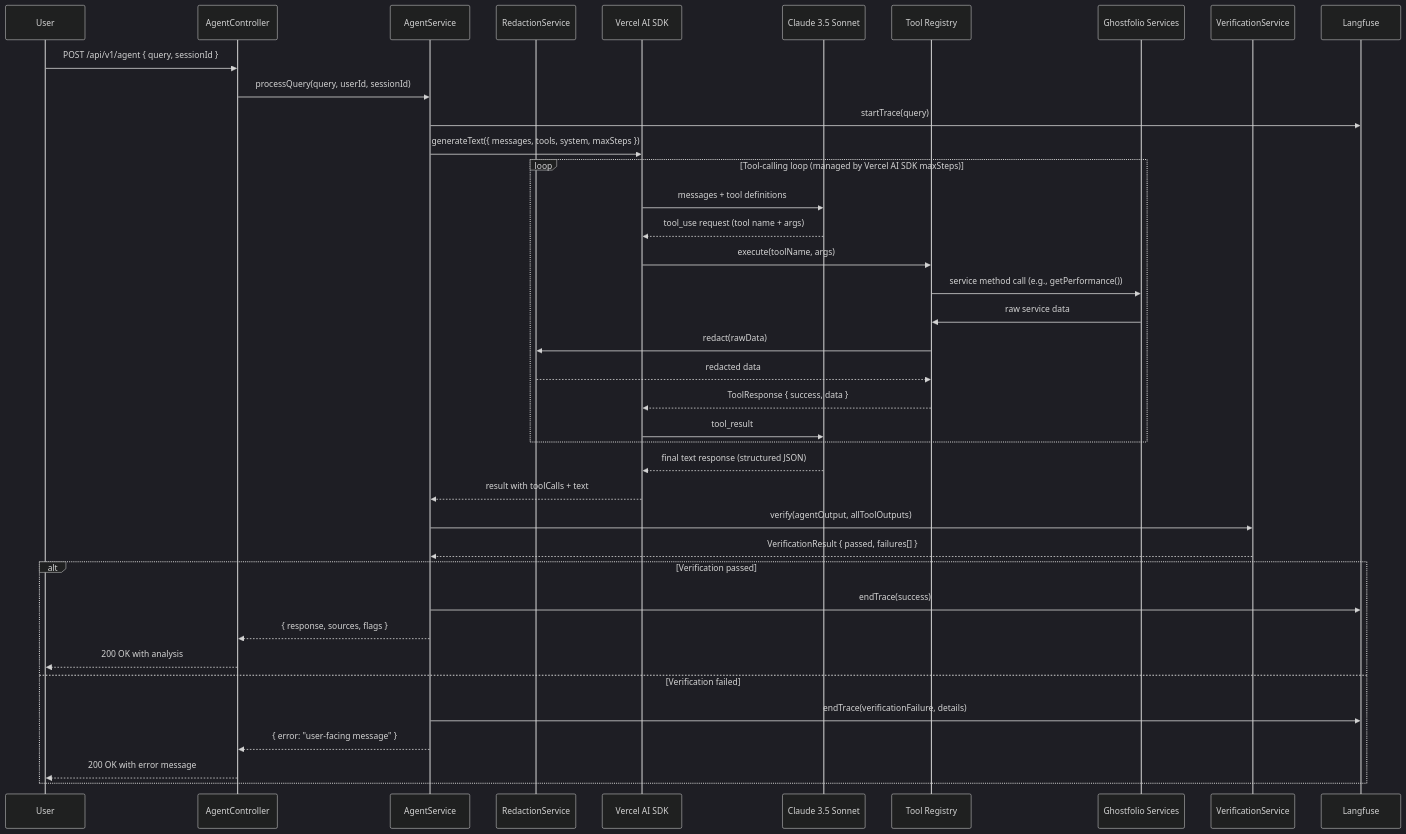
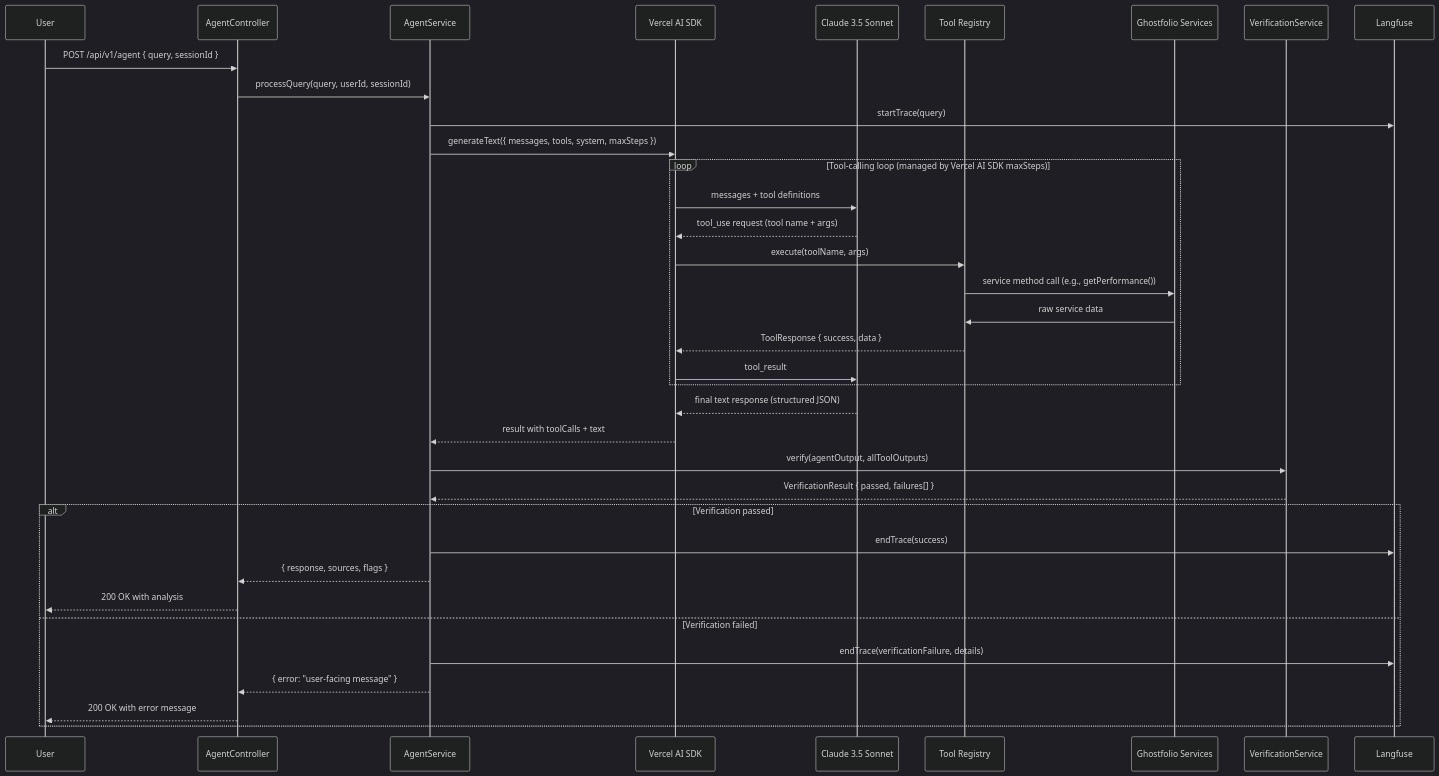
Before and after one commit to MichaelHabermas/ghostfolio: the third of 9 diagrams in docs/PRD.md, drawn with Mermaid (dark theme). The commit also changed other lines of this file, not shown here.

First line of the commit message:
docs(prd): annotate RedactionService as planned, update Epic 13 checkboxes, add Decision 11 note

````diff
--- a/docs/PRD.md
+++ b/docs/PRD.md
@@ -271,47 +276,44 @@
 ```mermaid
 sequenceDiagram
     participant User
     participant Controller as AgentController
     participant Service as AgentService
-    participant Redaction as RedactionService
     participant AI as Vercel AI SDK
     participant LLM as Claude 3.5 Sonnet
     participant Tools as Tool Registry
     participant GF as Ghostfolio Services
     participant Verify as VerificationService
     participant Langfuse as Langfuse
 
     User->>Controller: POST /api/v1/agent { query, sessionId }
     Controller->>Service: processQuery(query, userId, sessionId)
     Service->>Langfuse: startTrace(query)
 
     Service->>AI: generateText({ messages, tools, system, maxSteps })
 
     loop Tool-calling loop (managed by Vercel AI SDK maxSteps)
         AI->>LLM: messages + tool definitions
         LLM-->>AI: tool_use request (tool name + args)
         AI->>Tools: execute(toolName, args)
         Tools->>GF: service method call (e.g., getPerformance())
         GF->>Tools: raw service data
-        Tools->>Redaction: redact(rawData)
-        Redaction-->>Tools: redacted data
         Tools-->>AI: ToolResponse { success, data }
         AI->>LLM: tool_result
     end
 
     LLM-->>AI: final text response (structured JSON)
     AI-->>Service: result with toolCalls + text
 
     Service->>Verify: verify(agentOutput, allToolOutputs)
     Verify-->>Service: VerificationResult { passed, failures[] }
 
     alt Verification passed
         Service->>Langfuse: endTrace(success)
         Service-->>Controller: { response, sources, flags }
         Controller-->>User: 200 OK with analysis
     else Verification failed
         Service->>Langfuse: endTrace(verificationFailure, details)
         Service-->>Controller: { error: "user-facing message" }
         Controller-->>User: 200 OK with error message
     end
 ```
````
